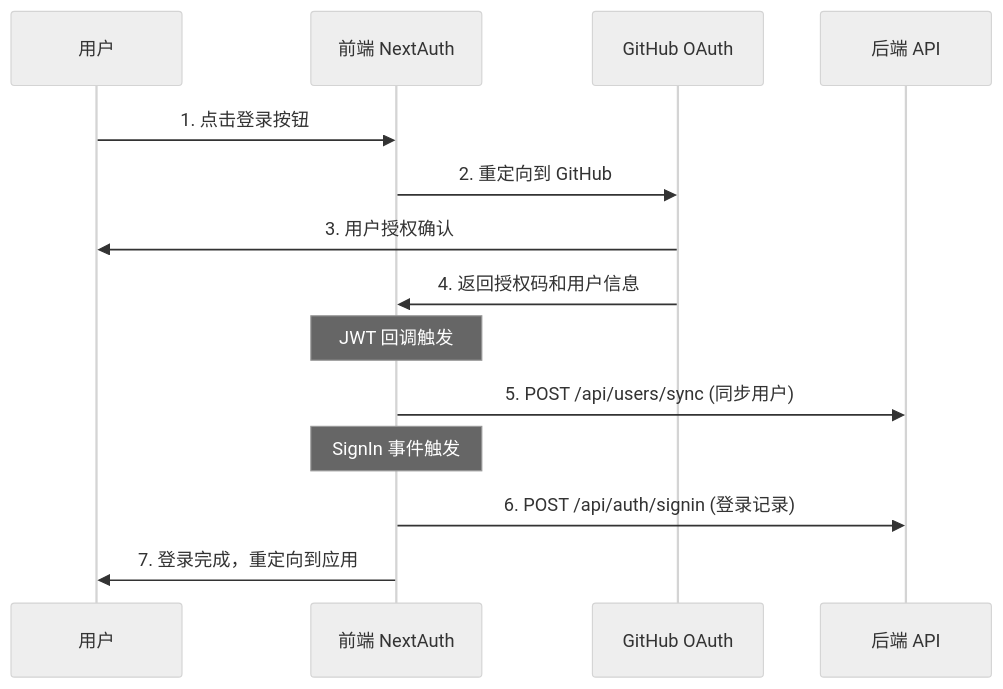
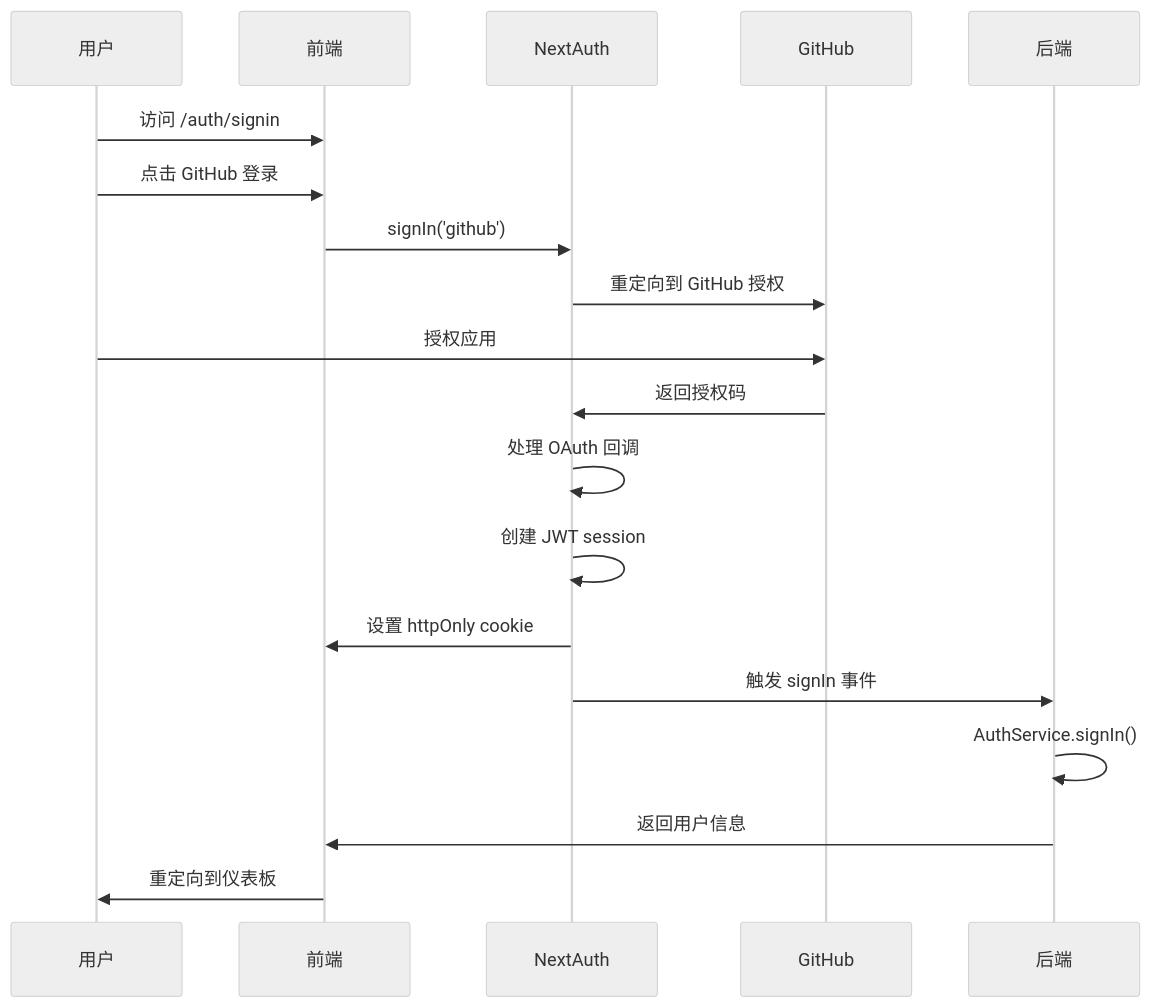
The first of 3 diagrams in apps/web/docs/认证流程.md (indulgeback/telos), drawn with Mermaid (neutral theme) before and after one commit. The commit also changed other lines of this file and 2 other files, not shown here.

````diff
--- a/apps/web/docs/认证流程.md
+++ b/apps/web/docs/认证流程.md
@@ -31,20 +28,22 @@
 ```mermaid
 sequenceDiagram
     participant U as 用户
-    participant F as 前端 NextAuth
-    participant G as GitHub OAuth
-    participant B as 后端 API
+    participant F as 前端
+    participant N as NextAuth
+    participant G as GitHub
+    participant B as 后端
 
-    U->>F: 1. 点击登录按钮
-    F->>G: 2. 重定向到 GitHub
-    G->>U: 3. 用户授权确认
-    G->>F: 4. 返回授权码和用户信息
-
-    Note over F: JWT 回调触发
-    F->>B: 5. POST /api/users/sync (同步用户)
-
-    Note over F: SignIn 事件触发
-    F->>B: 6. POST /api/auth/signin (登录记录)
-
-    F->>U: 7. 登录完成，重定向到应用
+    U->>F: 访问 /auth/signin
+    U->>F: 点击 GitHub 登录
+    F->>N: signIn('github')
+    N->>G: 重定向到 GitHub 授权
+    U->>G: 授权应用
+    G->>N: 返回授权码
+    N->>N: 处理 OAuth 回调
+    N->>N: 创建 JWT session
+    N->>F: 设置 httpOnly cookie
+    N->>B: 触发 signIn 事件
+    B->>B: AuthService.signIn()
+    B->>F: 返回用户信息
+    F->>U: 重定向到仪表板
 ```
````
